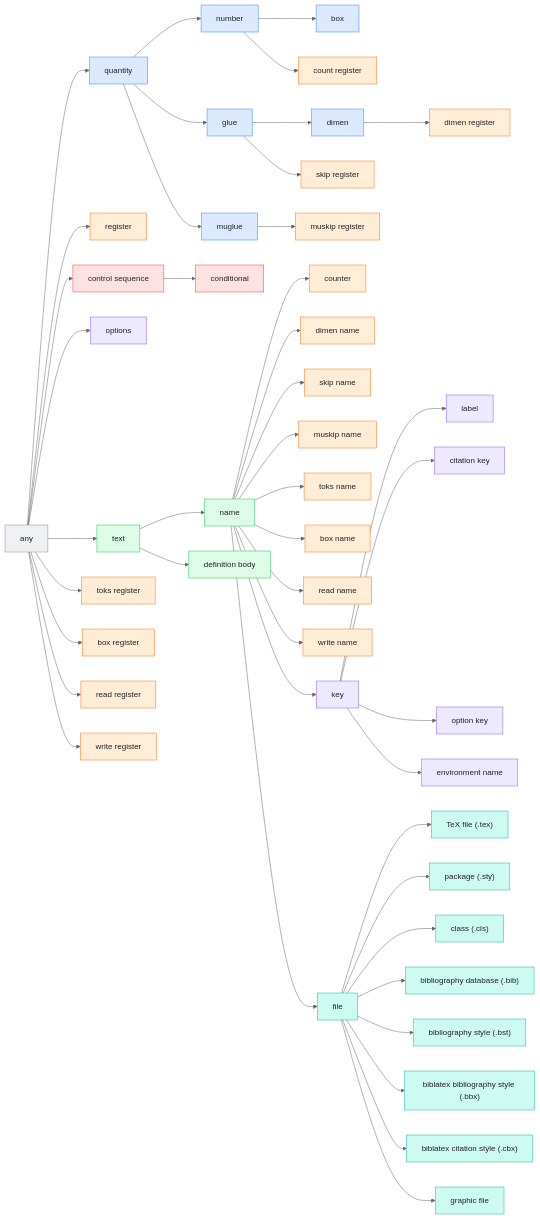
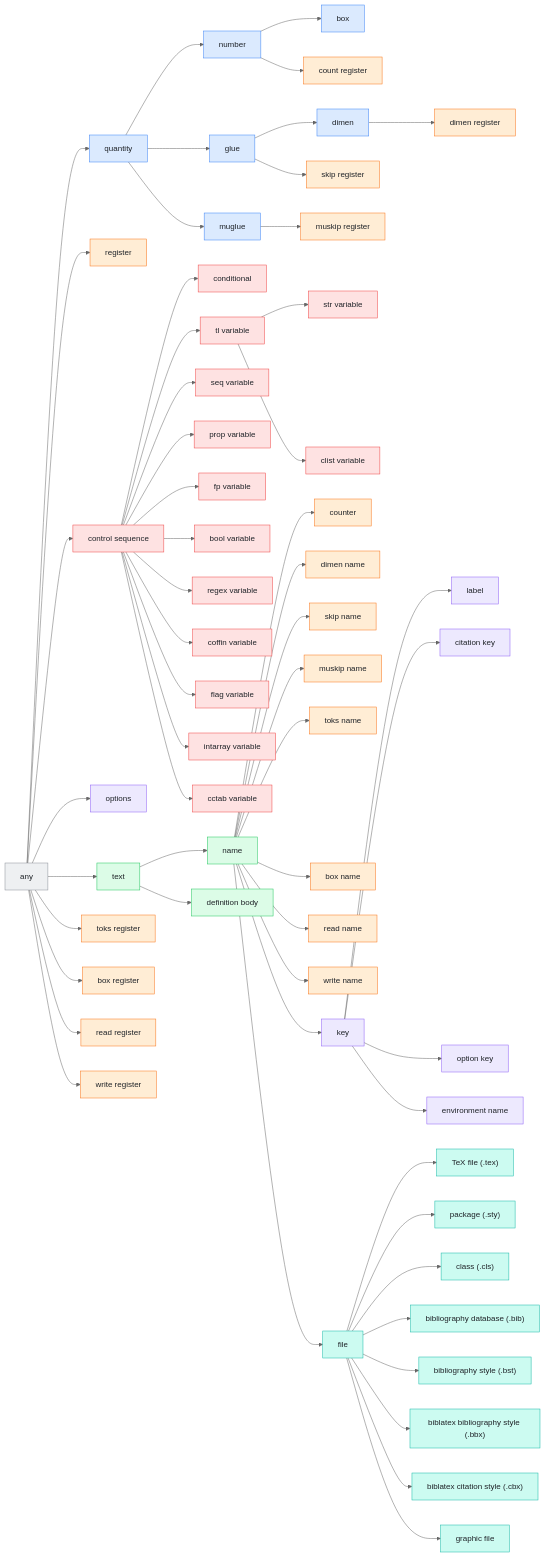
Before and after one commit to EagleoutIce/satex-analyzer: the diagram in doc/wiki/domains.md, drawn with Mermaid (neutral theme). The commit also changed other lines of this file and 1 other file, not shown here.

Commit message:
docs(wiki): regenerate domains

```diff
--- a/doc/wiki/domains.md
+++ b/doc/wiki/domains.md
@@ -226,36 +226,48 @@
   t11["text"]:::text
   t12["name"]:::text
   t13["definition body"]:::text
-  t14["count register"]:::register
-  t15["dimen register"]:::register
-  t16["skip register"]:::register
-  t17["muskip register"]:::register
-  t18["toks register"]:::register
-  t19["box register"]:::register
-  t20["read register"]:::register
-  t21["write register"]:::register
-  t22["counter"]:::register
-  t23["dimen name"]:::register
-  t24["skip name"]:::register
-  t25["muskip name"]:::register
-  t26["toks name"]:::register
-  t27["box name"]:::register
-  t28["read name"]:::register
-  t29["write name"]:::register
-  t30["key"]:::key
-  t31["label"]:::key
-  t32["citation key"]:::key
-  t33["option key"]:::key
-  t34["environment name"]:::key
-  t35["file"]:::file
-  t36["TeX file (.tex)"]:::file
-  t37["package (.sty)"]:::file
-  t38["class (.cls)"]:::file
-  t39["bibliography database (.bib)"]:::file
-  t40["bibliography style (.bst)"]:::file
-  t41["biblatex bibliography style (.bbx)"]:::file
-  t42["biblatex citation style (.cbx)"]:::file
-  t43["graphic file"]:::file
+  t14["tl variable"]:::cs
+  t15["str variable"]:::cs
+  t16["clist variable"]:::cs
+  t17["seq variable"]:::cs
+  t18["prop variable"]:::cs
+  t19["fp variable"]:::cs
+  t20["bool variable"]:::cs
+  t21["regex variable"]:::cs
+  t22["coffin variable"]:::cs
+  t23["flag variable"]:::cs
+  t24["intarray variable"]:::cs
+  t25["cctab variable"]:::cs
+  t26["count register"]:::register
+  t27["dimen register"]:::register
+  t28["skip register"]:::register
+  t29["muskip register"]:::register
+  t30["toks register"]:::register
+  t31["box register"]:::register
+  t32["read register"]:::register
+  t33["write register"]:::register
+  t34["counter"]:::register
+  t35["dimen name"]:::register
+  t36["skip name"]:::register
+  t37["muskip name"]:::register
+  t38["toks name"]:::register
+  t39["box name"]:::register
+  t40["read name"]:::register
+  t41["write name"]:::register
+  t42["key"]:::key
+  t43["label"]:::key
+  t44["citation key"]:::key
+  t45["option key"]:::key
+  t46["environment name"]:::key
+  t47["file"]:::file
+  t48["TeX file (.tex)"]:::file
+  t49["package (.sty)"]:::file
+  t50["class (.cls)"]:::file
+  t51["bibliography database (.bib)"]:::file
+  t52["bibliography style (.bst)"]:::file
+  t53["biblatex bibliography style (.bbx)"]:::file
+  t54["biblatex citation style (.cbx)"]:::file
+  t55["graphic file"]:::file
   t0 --> t1
   t1 --> t2
   t4 --> t3
@@ -269,36 +281,48 @@
   t0 --> t11
   t11 --> t12
   t11 --> t13
-  t2 --> t14
-  t3 --> t15
-  t4 --> t16
-  t5 --> t17
-  t0 --> t18
-  t0 --> t19
-  t0 --> t20
-  t0 --> t21
-  t12 --> t22
-  t12 --> t23
-  t12 --> t24
-  t12 --> t25
-  t12 --> t26
-  t12 --> t27
-  t12 --> t28
-  t12 --> t29
-  t12 --> t30
-  t30 --> t31
-  t30 --> t32
-  t30 --> t33
-  t30 --> t34
+  t8 --> t14
+  t14 --> t15
+  t14 --> t16
+  t8 --> t17
+  t8 --> t18
+  t8 --> t19
+  t8 --> t20
+  t8 --> t21
+  t8 --> t22
+  t8 --> t23
+  t8 --> t24
+  t8 --> t25
+  t2 --> t26
+  t3 --> t27
+  t4 --> t28
+  t5 --> t29
+  t0 --> t30
+  t0 --> t31
+  t0 --> t32
+  t0 --> t33
+  t12 --> t34
   t12 --> t35
-  t35 --> t36
-  t35 --> t37
-  t35 --> t38
-  t35 --> t39
-  t35 --> t40
-  t35 --> t41
-  t35 --> t42
-  t35 --> t43
+  t12 --> t36
+  t12 --> t37
+  t12 --> t38
+  t12 --> t39
+  t12 --> t40
+  t12 --> t41
+  t12 --> t42
+  t42 --> t43
+  t42 --> t44
+  t42 --> t45
+  t42 --> t46
+  t12 --> t47
+  t47 --> t48
+  t47 --> t49
+  t47 --> t50
+  t47 --> t51
+  t47 --> t52
+  t47 --> t53
+  t47 --> t54
+  t47 --> t55
   classDef top fill:#eef0f2,stroke:#8a8f98,color:#1f2328
   classDef quantity fill:#dbeafe,stroke:#3b82f6,color:#1f2328
   classDef register fill:#ffedd5,stroke:#f97316,color:#1f2328
```
